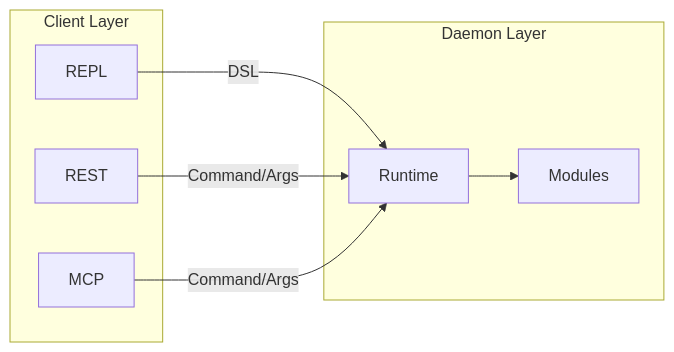
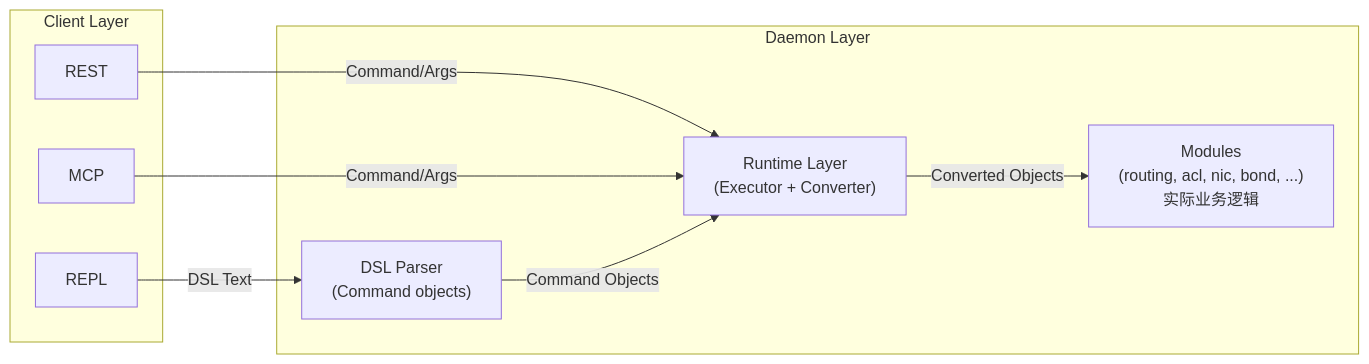
The fifth of 6 diagrams in README.md (flystary/flyos), drawn with Mermaid before and after one commit. The commit also changed other lines of this file, not shown here.

````diff
--- a/README.md
+++ b/README.md
@@ -68,18 +79,21 @@
 ```mermaid
 flowchart LR
     subgraph Client Layer
         REPL
         REST
         MCP
     end
 
     subgraph Daemon Layer
-        Runtime
-        Modules
+        DSL["DSL Parser\n(Command objects)"]
+        Runtime["Runtime Layer\n(Executor + Converter)"]
+        Modules["Modules\n(routing, acl, nic, bond, ...)\n实际业务逻辑"]
     end
 
-    REPL -->|DSL| Runtime
+    REPL -->|DSL Text| DSL
     REST -->|Command/Args| Runtime
     MCP -->|Command/Args| Runtime
-    Runtime --> Modules
+
+    DSL -->|Command Objects| Runtime
+    Runtime -->|Converted Objects| Modules
 ```
````
